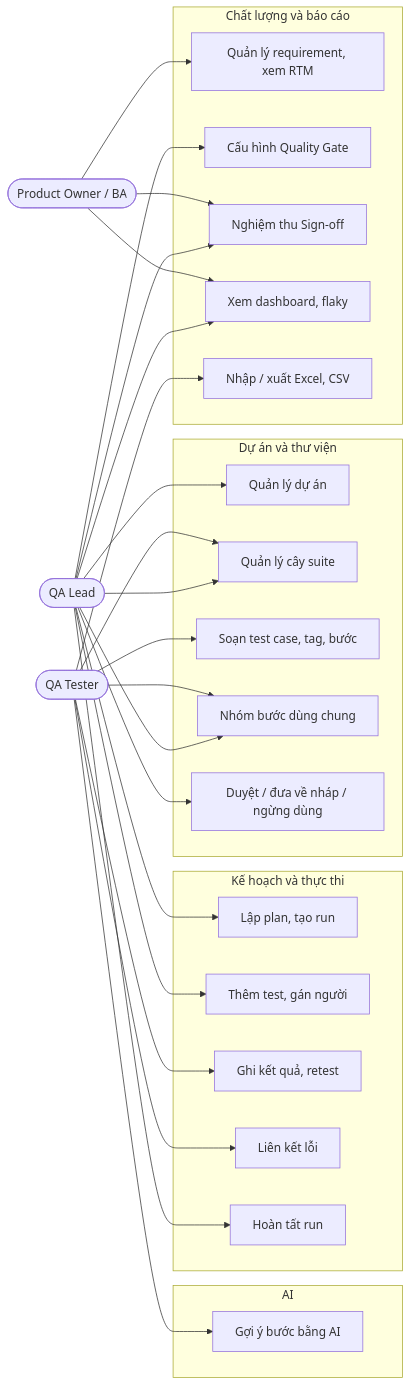
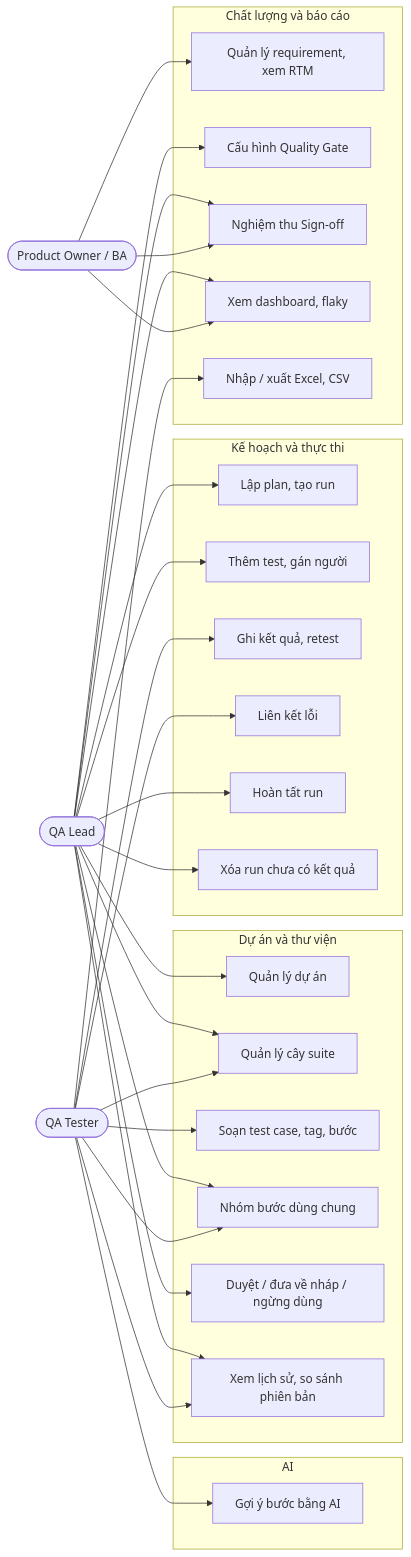
Before and after one commit to Huyit2k5/testcase_manager: diagram 19 of 20 in BUSINESS_ANALYSIS_TEST_CASE_MANAGEMENT.md, drawn with Mermaid. The commit also changed other lines of this file and 45 other files, not shown here.

````diff
--- a/BUSINESS_ANALYSIS_TEST_CASE_MANAGEMENT.md
+++ b/BUSINESS_ANALYSIS_TEST_CASE_MANAGEMENT.md
@@ -584,35 +589,37 @@
 ```mermaid
 flowchart LR
     QL(["QA Lead"])
     QT(["QA Tester"])
     PO(["Product Owner / BA"])
 
     subgraph PRJ["Dự án và thư viện"]
         U1["Quản lý dự án"]
         U2["Quản lý cây suite"]
         U3["Soạn test case, tag, bước"]
         U4["Nhóm bước dùng chung"]
         U5["Duyệt / đưa về nháp / ngừng dùng"]
+        U17["Xem lịch sử, so sánh phiên bản"]
     end
     subgraph EXE["Kế hoạch và thực thi"]
         U6["Lập plan, tạo run"]
         U7["Thêm test, gán người"]
         U8["Ghi kết quả, retest"]
         U9["Liên kết lỗi"]
         U10["Hoàn tất run"]
+        U18["Xóa run chưa có kết quả"]
     end
     subgraph QUA["Chất lượng và báo cáo"]
         U11["Quản lý requirement, xem RTM"]
         U12["Cấu hình Quality Gate"]
         U13["Nghiệm thu Sign-off"]
         U14["Xem dashboard, flaky"]
         U15["Nhập / xuất Excel, CSV"]
     end
     subgraph AUT["AI"]
         U16["Gợi ý bước bằng AI"]
     end
 
-    QL --> U1 & U2 & U4 & U5 & U6 & U7 & U10 & U12 & U13 & U14
-    QT --> U2 & U3 & U4 & U8 & U9 & U15 & U16
+    QL --> U1 & U2 & U4 & U5 & U6 & U7 & U10 & U12 & U13 & U14 & U17 & U18
+    QT --> U2 & U3 & U4 & U8 & U9 & U15 & U16 & U17
     PO --> U11 & U13 & U14
 ```
````
